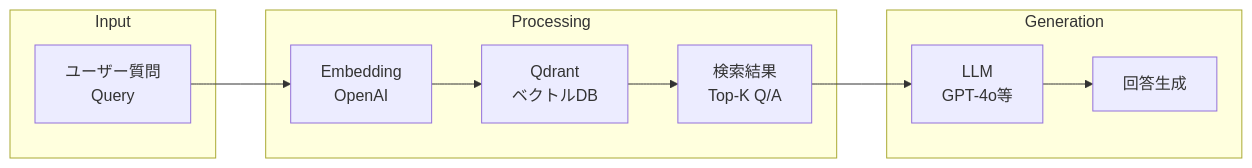
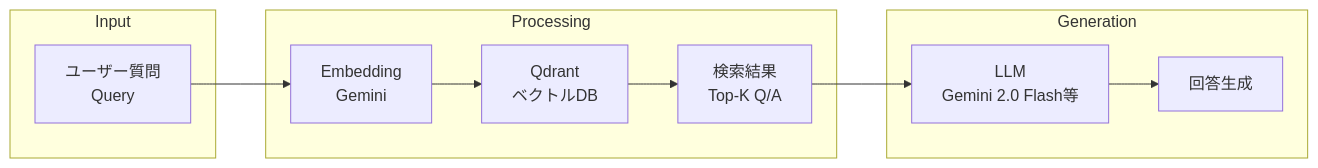
The first of 6 diagrams in doc/07_qdrant_integration_add.md (nakashima2toshio/gemini3_rag_qa), drawn with Mermaid before and after one commit. The commit also changed other lines of this file and 11 other files, not shown here.

````diff
--- a/doc/07_qdrant_integration_add.md
+++ b/doc/07_qdrant_integration_add.md
@@ -68,23 +68,23 @@
 ```mermaid
 flowchart LR
     subgraph Input
         A[ユーザー質問<br/>Query]
     end
 
     subgraph Processing
-        B[Embedding<br/>OpenAI]
+        B[Embedding<br/>Gemini]
         C[Qdrant<br/>ベクトルDB]
         D[検索結果<br/>Top-K Q/A]
     end
 
     subgraph Generation
-        E[LLM<br/>GPT-4o等]
+        E[LLM<br/>Gemini 2.0 Flash等]
         F[回答生成]
     end
 
     A --> B
     B --> C
     C --> D
     D --> E
     E --> F
 ```
````
